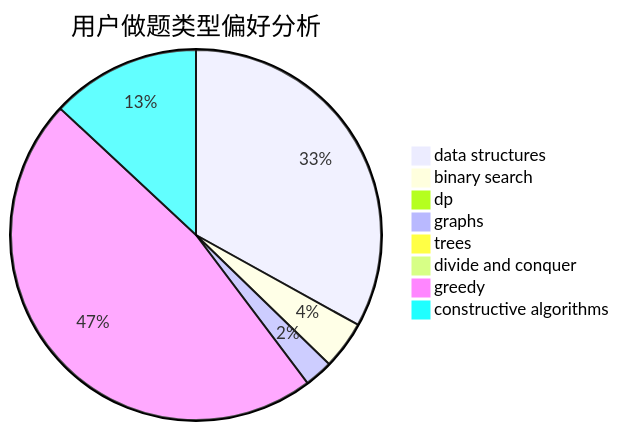
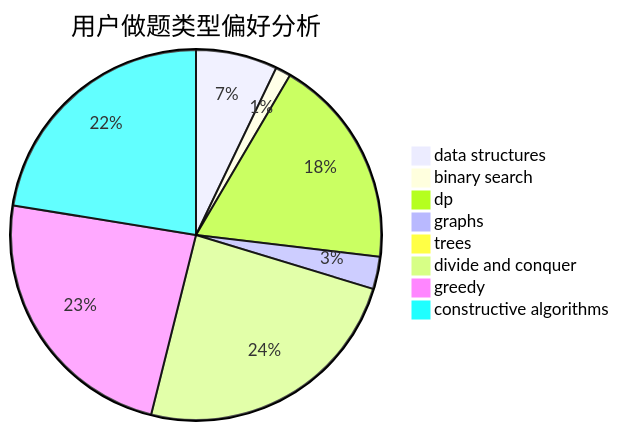
Before and after one commit to sherpahu/cfrs.github.io: the second of 3 diagrams in docs/user/u1665.md, drawn with Mermaid. The commit also changed other lines of this file and 2770 other files, not shown here.

````diff
--- a/docs/user/u1665.md
+++ b/docs/user/u1665.md
@@ -23,11 +23,11 @@
 ```mermaid
 pie title 用户做题类型偏好分析
-    "data structures" :  362
-    "binary search" :  46
-    "dp" :  10
-    "graphs" :  27
-    "trees" :  2
-    "divide and conquer" :  0
-    "greedy" :  517
-    "constructive algorithms" :  143
+    "data structures" :  53
+    "binary search" :  10
+    "dp" :  137
+    "graphs" :  21
+    "trees" :  7
+    "divide and conquer" :  180
+    "greedy" :  176
+    "constructive algorithms" :  167
 ```
````
